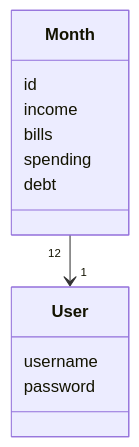
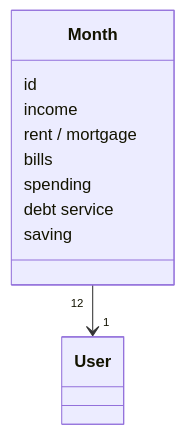
Before and after one commit to aarekr/ot-harjoitustyo: the first of 2 diagrams in EveryEuro/dokumentaatio/arkkitehtuuri.md, drawn with Mermaid. The commit also changed other lines of this file and 9 other files, not shown here.

````diff
--- a/EveryEuro/dokumentaatio/arkkitehtuuri.md
+++ b/EveryEuro/dokumentaatio/arkkitehtuuri.md
@@ -17,15 +19,15 @@
 ```mermaid
   classDiagram
     Month "12" --> "1" User
     class User{
-        username
-        password
     }
     class Month{
         id
         income
+        rent / mortgage
         bills
         spending
-        debt
+        debt service
+        saving
     }
 ```
````
